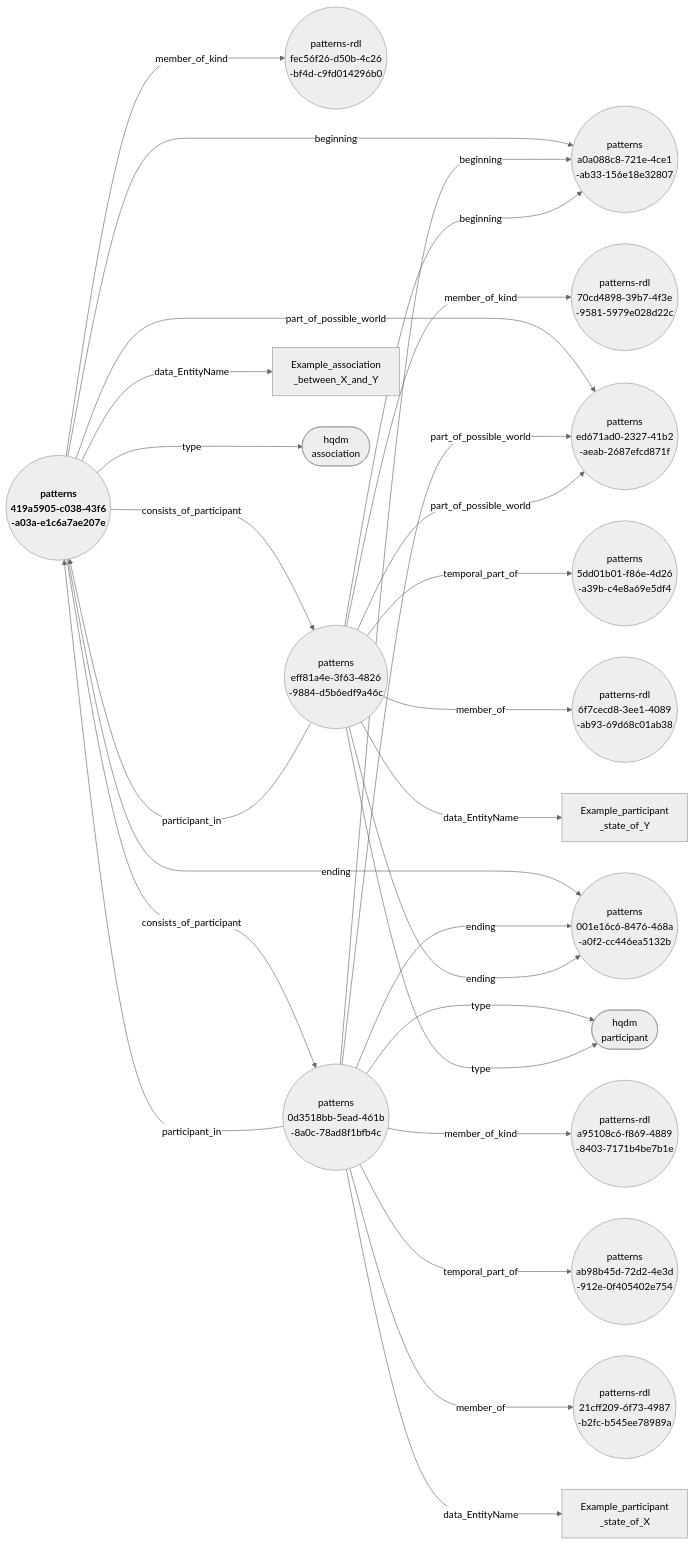
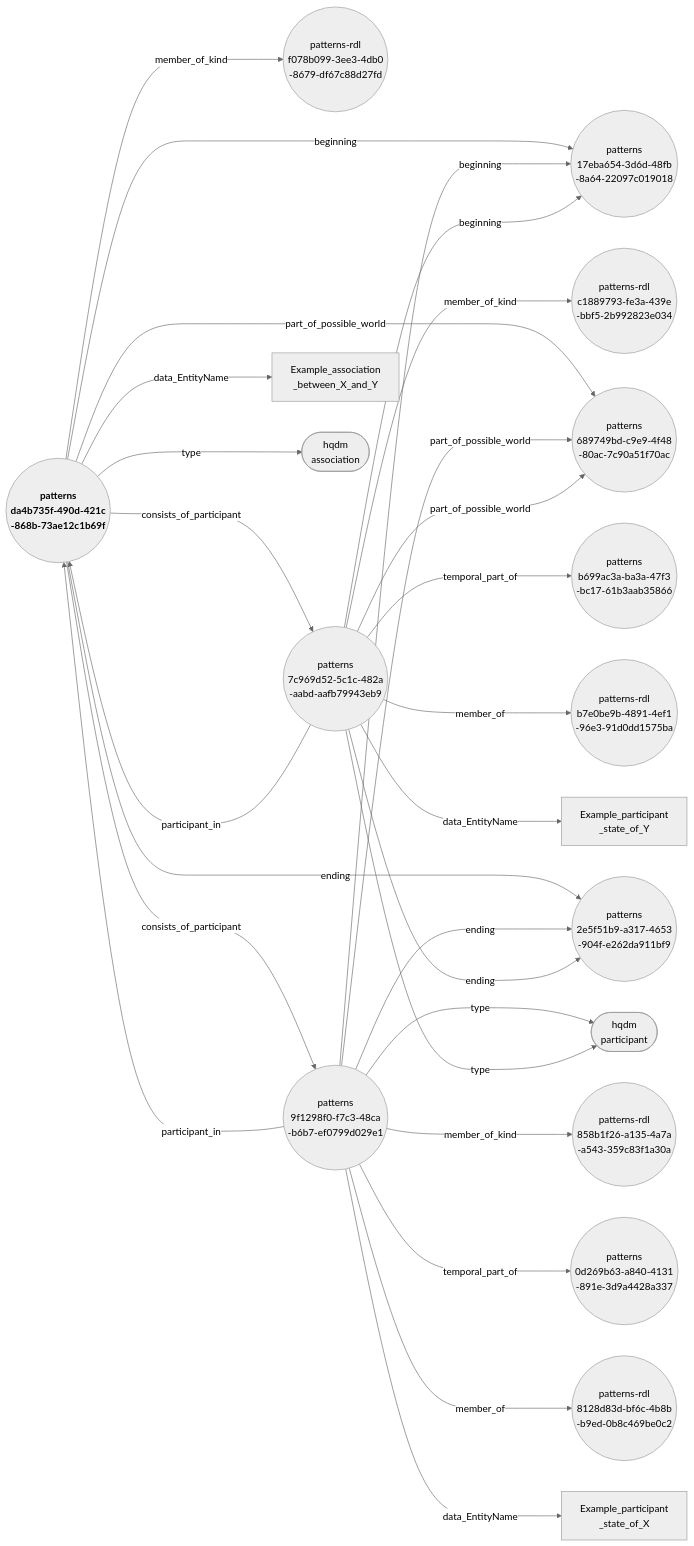
The diagram in docs/extras/example-files/genericAssociationAndParticipantsNodeEdgeGraph.mermaid (ClimbingAl/HqdmPatterns), drawn with Mermaid (neutral theme) before and after one commit. The commit also changed 56 other files, not shown here.

Commit message:
System additions prior to adding stviewer-generated spacetime charts.

````diff
--- a/docs/extras/example-files/genericAssociationAndParticipantsNodeEdgeGraph.mermaid
+++ b/docs/extras/example-files/genericAssociationAndParticipantsNodeEdgeGraph.mermaid
@@ -1,29 +1,29 @@
 ``` mermaid
 graph LR
-  419a5905-c038-43f6-a03a-e1c6a7ae207e(("<b> patterns <br> 419a5905-c038-43f6 <br> -a03a-e1c6a7ae207e"))--->|"beginning"|a0a088c8-721e-4ce1-ab33-156e18e32807(("patterns <br> a0a088c8-721e-4ce1 <br> -ab33-156e18e32807"));
-  419a5905-c038-43f6-a03a-e1c6a7ae207e(("<b> patterns <br> 419a5905-c038-43f6 <br> -a03a-e1c6a7ae207e"))--->|"member_of_kind"|fec56f26-d50b-4c26-bf4d-c9fd014296b0(("patterns-rdl <br> fec56f26-d50b-4c26 <br> -bf4d-c9fd014296b0"));
-  419a5905-c038-43f6-a03a-e1c6a7ae207e(("<b> patterns <br> 419a5905-c038-43f6 <br> -a03a-e1c6a7ae207e"))--->|"consists_of_participant"|eff81a4e-3f63-4826-9884-d5b6edf9a46c(("patterns <br> eff81a4e-3f63-4826 <br> -9884-d5b6edf9a46c"));
-  419a5905-c038-43f6-a03a-e1c6a7ae207e(("<b> patterns <br> 419a5905-c038-43f6 <br> -a03a-e1c6a7ae207e"))--->|"consists_of_participant"|0d3518bb-5ead-461b-8a0c-78ad8f1bfb4c(("patterns <br> 0d3518bb-5ead-461b <br> -8a0c-78ad8f1bfb4c"));
-  419a5905-c038-43f6-a03a-e1c6a7ae207e(("<b> patterns <br> 419a5905-c038-43f6 <br> -a03a-e1c6a7ae207e"))--->|"part_of_possible_world"|ed671ad0-2327-41b2-aeab-2687efcd871f(("patterns <br> ed671ad0-2327-41b2 <br> -aeab-2687efcd871f"));
-  419a5905-c038-43f6-a03a-e1c6a7ae207e(("<b> patterns <br> 419a5905-c038-43f6 <br> -a03a-e1c6a7ae207e"))--->|"data_EntityName"|Example_association_between_X_and_Y["Example_association <br> _between_X_and_Y"];
-  419a5905-c038-43f6-a03a-e1c6a7ae207e(("<b> patterns <br> 419a5905-c038-43f6 <br> -a03a-e1c6a7ae207e"))--->|"ending"|001e16c6-8476-468a-a0f2-cc446ea5132b(("patterns <br> 001e16c6-8476-468a <br> -a0f2-cc446ea5132b"));
-  419a5905-c038-43f6-a03a-e1c6a7ae207e(("<b> patterns <br> 419a5905-c038-43f6 <br> -a03a-e1c6a7ae207e"))--->|"type"|association(["hqdm <br> association"]);
-  0d3518bb-5ead-461b-8a0c-78ad8f1bfb4c(("patterns <br> 0d3518bb-5ead-461b <br> -8a0c-78ad8f1bfb4c"))--->|"beginning"|a0a088c8-721e-4ce1-ab33-156e18e32807(("patterns <br> a0a088c8-721e-4ce1 <br> -ab33-156e18e32807"));
-  0d3518bb-5ead-461b-8a0c-78ad8f1bfb4c(("patterns <br> 0d3518bb-5ead-461b <br> -8a0c-78ad8f1bfb4c"))--->|"member_of_kind"|a95108c6-f869-4889-8403-7171b4be7b1e(("patterns-rdl <br> a95108c6-f869-4889 <br> -8403-7171b4be7b1e"));
-  0d3518bb-5ead-461b-8a0c-78ad8f1bfb4c(("patterns <br> 0d3518bb-5ead-461b <br> -8a0c-78ad8f1bfb4c"))--->|"part_of_possible_world"|ed671ad0-2327-41b2-aeab-2687efcd871f(("patterns <br> ed671ad0-2327-41b2 <br> -aeab-2687efcd871f"));
-  0d3518bb-5ead-461b-8a0c-78ad8f1bfb4c(("patterns <br> 0d3518bb-5ead-461b <br> -8a0c-78ad8f1bfb4c"))--->|"participant_in"|419a5905-c038-43f6-a03a-e1c6a7ae207e(("<b> patterns <br> 419a5905-c038-43f6 <br> -a03a-e1c6a7ae207e"));
-  0d3518bb-5ead-461b-8a0c-78ad8f1bfb4c(("patterns <br> 0d3518bb-5ead-461b <br> -8a0c-78ad8f1bfb4c"))--->|"temporal_part_of"|ab98b45d-72d2-4e3d-912e-0f405402e754(("patterns <br> ab98b45d-72d2-4e3d <br> -912e-0f405402e754"));
-  0d3518bb-5ead-461b-8a0c-78ad8f1bfb4c(("patterns <br> 0d3518bb-5ead-461b <br> -8a0c-78ad8f1bfb4c"))--->|"member_of"|21cff209-6f73-4987-b2fc-b545ee78989a(("patterns-rdl <br> 21cff209-6f73-4987 <br> -b2fc-b545ee78989a"));
-  0d3518bb-5ead-461b-8a0c-78ad8f1bfb4c(("patterns <br> 0d3518bb-5ead-461b <br> -8a0c-78ad8f1bfb4c"))--->|"data_EntityName"|Example_participant_state_of_X["Example_participant <br> _state_of_X"];
-  0d3518bb-5ead-461b-8a0c-78ad8f1bfb4c(("patterns <br> 0d3518bb-5ead-461b <br> -8a0c-78ad8f1bfb4c"))--->|"ending"|001e16c6-8476-468a-a0f2-cc446ea5132b(("patterns <br> 001e16c6-8476-468a <br> -a0f2-cc446ea5132b"));
-  0d3518bb-5ead-461b-8a0c-78ad8f1bfb4c(("patterns <br> 0d3518bb-5ead-461b <br> -8a0c-78ad8f1bfb4c"))--->|"type"|participant(["hqdm <br> participant"]);
-  eff81a4e-3f63-4826-9884-d5b6edf9a46c(("patterns <br> eff81a4e-3f63-4826 <br> -9884-d5b6edf9a46c"))--->|"beginning"|a0a088c8-721e-4ce1-ab33-156e18e32807(("patterns <br> a0a088c8-721e-4ce1 <br> -ab33-156e18e32807"));
-  eff81a4e-3f63-4826-9884-d5b6edf9a46c(("patterns <br> eff81a4e-3f63-4826 <br> -9884-d5b6edf9a46c"))--->|"member_of_kind"|70cd4898-39b7-4f3e-9581-5979e028d22c(("patterns-rdl <br> 70cd4898-39b7-4f3e <br> -9581-5979e028d22c"));
-  eff81a4e-3f63-4826-9884-d5b6edf9a46c(("patterns <br> eff81a4e-3f63-4826 <br> -9884-d5b6edf9a46c"))--->|"part_of_possible_world"|ed671ad0-2327-41b2-aeab-2687efcd871f(("patterns <br> ed671ad0-2327-41b2 <br> -aeab-2687efcd871f"));
-  eff81a4e-3f63-4826-9884-d5b6edf9a46c(("patterns <br> eff81a4e-3f63-4826 <br> -9884-d5b6edf9a46c"))--->|"participant_in"|419a5905-c038-43f6-a03a-e1c6a7ae207e(("<b> patterns <br> 419a5905-c038-43f6 <br> -a03a-e1c6a7ae207e"));
-  eff81a4e-3f63-4826-9884-d5b6edf9a46c(("patterns <br> eff81a4e-3f63-4826 <br> -9884-d5b6edf9a46c"))--->|"temporal_part_of"|5dd01b01-f86e-4d26-a39b-c4e8a69e5df4(("patterns <br> 5dd01b01-f86e-4d26 <br> -a39b-c4e8a69e5df4"));
-  eff81a4e-3f63-4826-9884-d5b6edf9a46c(("patterns <br> eff81a4e-3f63-4826 <br> -9884-d5b6edf9a46c"))--->|"member_of"|6f7cecd8-3ee1-4089-ab93-69d68c01ab38(("patterns-rdl <br> 6f7cecd8-3ee1-4089 <br> -ab93-69d68c01ab38"));
-  eff81a4e-3f63-4826-9884-d5b6edf9a46c(("patterns <br> eff81a4e-3f63-4826 <br> -9884-d5b6edf9a46c"))--->|"data_EntityName"|Example_participant_state_of_Y["Example_participant <br> _state_of_Y"];
-  eff81a4e-3f63-4826-9884-d5b6edf9a46c(("patterns <br> eff81a4e-3f63-4826 <br> -9884-d5b6edf9a46c"))--->|"ending"|001e16c6-8476-468a-a0f2-cc446ea5132b(("patterns <br> 001e16c6-8476-468a <br> -a0f2-cc446ea5132b"));
-  eff81a4e-3f63-4826-9884-d5b6edf9a46c(("patterns <br> eff81a4e-3f63-4826 <br> -9884-d5b6edf9a46c"))--->|"type"|participant(["hqdm <br> participant"]);
+  da4b735f-490d-421c-868b-73ae12c1b69f(("<b> patterns <br> da4b735f-490d-421c <br> -868b-73ae12c1b69f"))--->|"beginning"|17eba654-3d6d-48fb-8a64-22097c019018(("patterns <br> 17eba654-3d6d-48fb <br> -8a64-22097c019018"));
+  da4b735f-490d-421c-868b-73ae12c1b69f(("<b> patterns <br> da4b735f-490d-421c <br> -868b-73ae12c1b69f"))--->|"member_of_kind"|f078b099-3ee3-4db0-8679-df67c88d27fd(("patterns-rdl <br> f078b099-3ee3-4db0 <br> -8679-df67c88d27fd"));
+  da4b735f-490d-421c-868b-73ae12c1b69f(("<b> patterns <br> da4b735f-490d-421c <br> -868b-73ae12c1b69f"))--->|"consists_of_participant"|7c969d52-5c1c-482a-aabd-aafb79943eb9(("patterns <br> 7c969d52-5c1c-482a <br> -aabd-aafb79943eb9"));
+  da4b735f-490d-421c-868b-73ae12c1b69f(("<b> patterns <br> da4b735f-490d-421c <br> -868b-73ae12c1b69f"))--->|"consists_of_participant"|9f1298f0-f7c3-48ca-b6b7-ef0799d029e1(("patterns <br> 9f1298f0-f7c3-48ca <br> -b6b7-ef0799d029e1"));
+  da4b735f-490d-421c-868b-73ae12c1b69f(("<b> patterns <br> da4b735f-490d-421c <br> -868b-73ae12c1b69f"))--->|"part_of_possible_world"|689749bd-c9e9-4f48-80ac-7c90a51f70ac(("patterns <br> 689749bd-c9e9-4f48 <br> -80ac-7c90a51f70ac"));
+  da4b735f-490d-421c-868b-73ae12c1b69f(("<b> patterns <br> da4b735f-490d-421c <br> -868b-73ae12c1b69f"))--->|"data_EntityName"|Example_association_between_X_and_Y["Example_association <br> _between_X_and_Y"];
+  da4b735f-490d-421c-868b-73ae12c1b69f(("<b> patterns <br> da4b735f-490d-421c <br> -868b-73ae12c1b69f"))--->|"ending"|2e5f51b9-a317-4653-904f-e262da911bf9(("patterns <br> 2e5f51b9-a317-4653 <br> -904f-e262da911bf9"));
+  da4b735f-490d-421c-868b-73ae12c1b69f(("<b> patterns <br> da4b735f-490d-421c <br> -868b-73ae12c1b69f"))--->|"type"|association(["hqdm <br> association"]);
+  9f1298f0-f7c3-48ca-b6b7-ef0799d029e1(("patterns <br> 9f1298f0-f7c3-48ca <br> -b6b7-ef0799d029e1"))--->|"beginning"|17eba654-3d6d-48fb-8a64-22097c019018(("patterns <br> 17eba654-3d6d-48fb <br> -8a64-22097c019018"));
+  9f1298f0-f7c3-48ca-b6b7-ef0799d029e1(("patterns <br> 9f1298f0-f7c3-48ca <br> -b6b7-ef0799d029e1"))--->|"member_of_kind"|858b1f26-a135-4a7a-a543-359c83f1a30a(("patterns-rdl <br> 858b1f26-a135-4a7a <br> -a543-359c83f1a30a"));
+  9f1298f0-f7c3-48ca-b6b7-ef0799d029e1(("patterns <br> 9f1298f0-f7c3-48ca <br> -b6b7-ef0799d029e1"))--->|"part_of_possible_world"|689749bd-c9e9-4f48-80ac-7c90a51f70ac(("patterns <br> 689749bd-c9e9-4f48 <br> -80ac-7c90a51f70ac"));
+  9f1298f0-f7c3-48ca-b6b7-ef0799d029e1(("patterns <br> 9f1298f0-f7c3-48ca <br> -b6b7-ef0799d029e1"))--->|"participant_in"|da4b735f-490d-421c-868b-73ae12c1b69f(("<b> patterns <br> da4b735f-490d-421c <br> -868b-73ae12c1b69f"));
+  9f1298f0-f7c3-48ca-b6b7-ef0799d029e1(("patterns <br> 9f1298f0-f7c3-48ca <br> -b6b7-ef0799d029e1"))--->|"temporal_part_of"|0d269b63-a840-4131-891e-3d9a4428a337(("patterns <br> 0d269b63-a840-4131 <br> -891e-3d9a4428a337"));
+  9f1298f0-f7c3-48ca-b6b7-ef0799d029e1(("patterns <br> 9f1298f0-f7c3-48ca <br> -b6b7-ef0799d029e1"))--->|"member_of"|8128d83d-bf6c-4b8b-b9ed-0b8c469be0c2(("patterns-rdl <br> 8128d83d-bf6c-4b8b <br> -b9ed-0b8c469be0c2"));
+  9f1298f0-f7c3-48ca-b6b7-ef0799d029e1(("patterns <br> 9f1298f0-f7c3-48ca <br> -b6b7-ef0799d029e1"))--->|"data_EntityName"|Example_participant_state_of_X["Example_participant <br> _state_of_X"];
+  9f1298f0-f7c3-48ca-b6b7-ef0799d029e1(("patterns <br> 9f1298f0-f7c3-48ca <br> -b6b7-ef0799d029e1"))--->|"ending"|2e5f51b9-a317-4653-904f-e262da911bf9(("patterns <br> 2e5f51b9-a317-4653 <br> -904f-e262da911bf9"));
+  9f1298f0-f7c3-48ca-b6b7-ef0799d029e1(("patterns <br> 9f1298f0-f7c3-48ca <br> -b6b7-ef0799d029e1"))--->|"type"|participant(["hqdm <br> participant"]);
+  7c969d52-5c1c-482a-aabd-aafb79943eb9(("patterns <br> 7c969d52-5c1c-482a <br> -aabd-aafb79943eb9"))--->|"beginning"|17eba654-3d6d-48fb-8a64-22097c019018(("patterns <br> 17eba654-3d6d-48fb <br> -8a64-22097c019018"));
+  7c969d52-5c1c-482a-aabd-aafb79943eb9(("patterns <br> 7c969d52-5c1c-482a <br> -aabd-aafb79943eb9"))--->|"member_of_kind"|c1889793-fe3a-439e-bbf5-2b992823e034(("patterns-rdl <br> c1889793-fe3a-439e <br> -bbf5-2b992823e034"));
+  7c969d52-5c1c-482a-aabd-aafb79943eb9(("patterns <br> 7c969d52-5c1c-482a <br> -aabd-aafb79943eb9"))--->|"part_of_possible_world"|689749bd-c9e9-4f48-80ac-7c90a51f70ac(("patterns <br> 689749bd-c9e9-4f48 <br> -80ac-7c90a51f70ac"));
+  7c969d52-5c1c-482a-aabd-aafb79943eb9(("patterns <br> 7c969d52-5c1c-482a <br> -aabd-aafb79943eb9"))--->|"participant_in"|da4b735f-490d-421c-868b-73ae12c1b69f(("<b> patterns <br> da4b735f-490d-421c <br> -868b-73ae12c1b69f"));
+  7c969d52-5c1c-482a-aabd-aafb79943eb9(("patterns <br> 7c969d52-5c1c-482a <br> -aabd-aafb79943eb9"))--->|"temporal_part_of"|b699ac3a-ba3a-47f3-bc17-61b3aab35866(("patterns <br> b699ac3a-ba3a-47f3 <br> -bc17-61b3aab35866"));
+  7c969d52-5c1c-482a-aabd-aafb79943eb9(("patterns <br> 7c969d52-5c1c-482a <br> -aabd-aafb79943eb9"))--->|"member_of"|b7e0be9b-4891-4ef1-96e3-91d0dd1575ba(("patterns-rdl <br> b7e0be9b-4891-4ef1 <br> -96e3-91d0dd1575ba"));
+  7c969d52-5c1c-482a-aabd-aafb79943eb9(("patterns <br> 7c969d52-5c1c-482a <br> -aabd-aafb79943eb9"))--->|"data_EntityName"|Example_participant_state_of_Y["Example_participant <br> _state_of_Y"];
+  7c969d52-5c1c-482a-aabd-aafb79943eb9(("patterns <br> 7c969d52-5c1c-482a <br> -aabd-aafb79943eb9"))--->|"ending"|2e5f51b9-a317-4653-904f-e262da911bf9(("patterns <br> 2e5f51b9-a317-4653 <br> -904f-e262da911bf9"));
+  7c969d52-5c1c-482a-aabd-aafb79943eb9(("patterns <br> 7c969d52-5c1c-482a <br> -aabd-aafb79943eb9"))--->|"type"|participant(["hqdm <br> participant"]);
 ```
````
